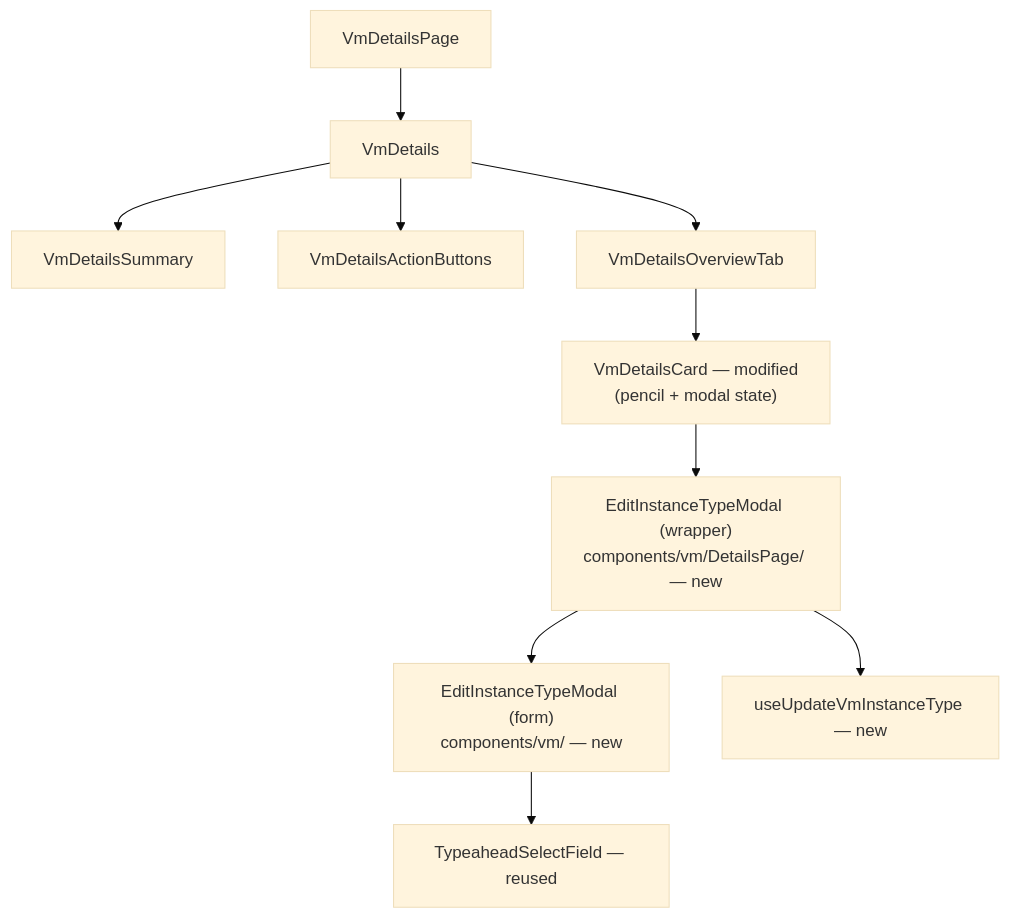
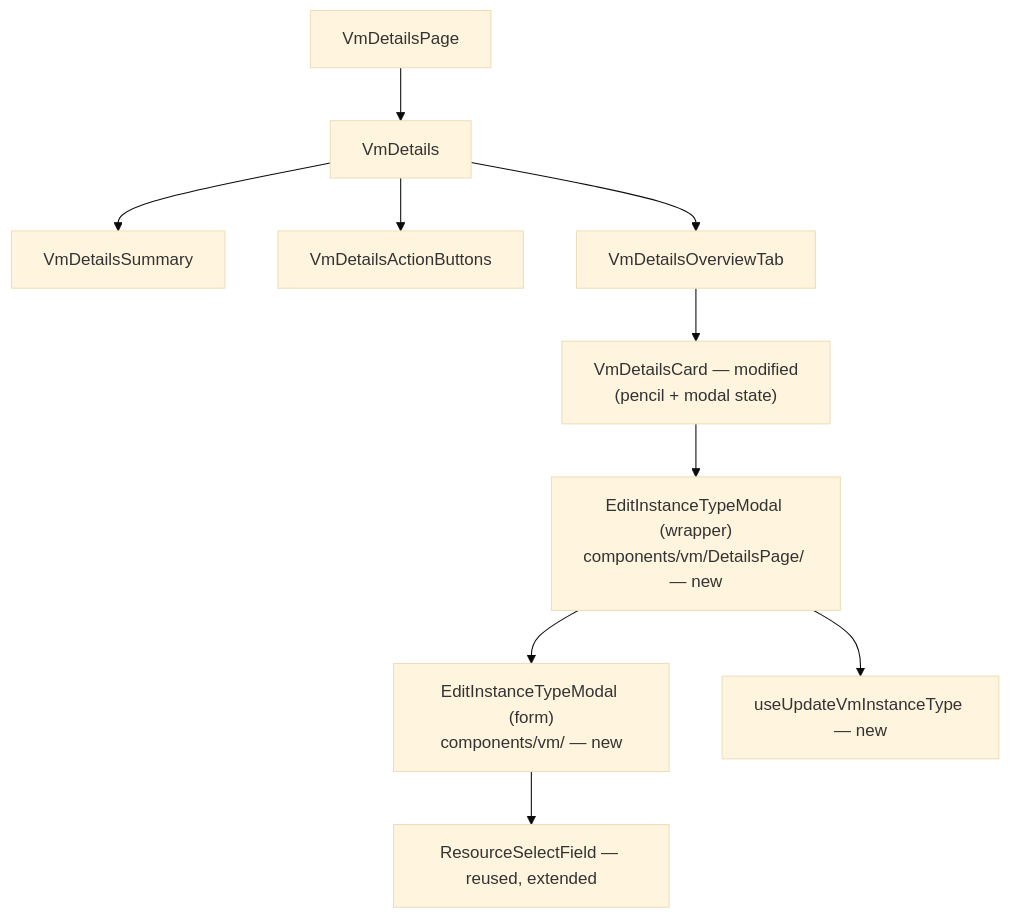
One commit to osac-project/enhancement-proposals changed the diagram in enhancements/OSAC-4277-vm-resize-instancetype/ui-design.md. Above: the diagram before and after it, drawn with Mermaid (base theme). The commit also changed other lines of this file, not shown here.

First line of the commit message:
OSAC-4282: Adopt ResourceSelectField and explicit update mask

````diff
--- a/enhancements/OSAC-4277-vm-resize-instancetype/ui-design.md
+++ b/enhancements/OSAC-4277-vm-resize-instancetype/ui-design.md
@@ -48,12 +48,12 @@
 ```mermaid
 graph TD
     VmDetailsPage[VmDetailsPage] --> VmDetails[VmDetails]
     VmDetails --> VmDetailsSummary[VmDetailsSummary]
     VmDetails --> VmDetailsActionButtons[VmDetailsActionButtons]
     VmDetails --> VmDetailsOverviewTab[VmDetailsOverviewTab]
     VmDetailsOverviewTab --> VmDetailsCard["VmDetailsCard — modified<br/>(pencil + modal state)"]
     VmDetailsCard --> WrapperModal["EditInstanceTypeModal (wrapper)<br/>components/vm/DetailsPage/ — new"]
     WrapperModal --> FormModal["EditInstanceTypeModal (form)<br/>components/vm/ — new"]
-    FormModal --> TypeaheadSelectField[TypeaheadSelectField — reused]
+    FormModal --> ResourceSelectField["ResourceSelectField — reused, extended"]
     WrapperModal --> UpdateHook["useUpdateVmInstanceType — new"]
 ```
````
